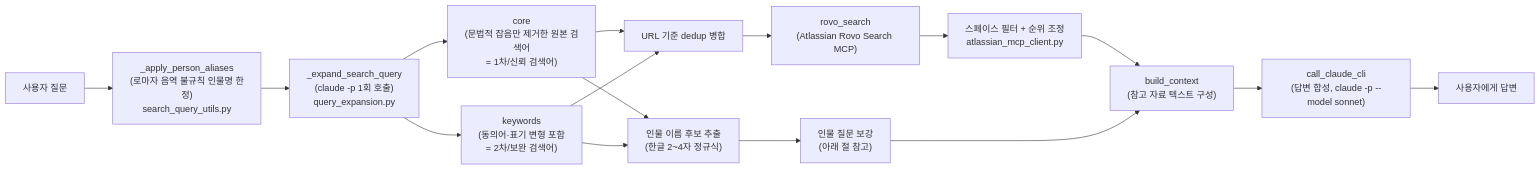
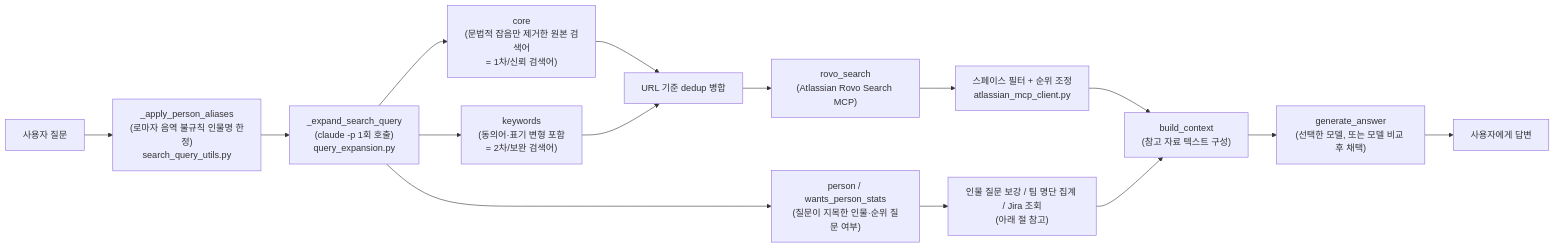
The second of 4 diagrams in README.md (HyunjeSung/qcells_ems_wikibot), drawn with Mermaid before and after one commit. The commit also changed other lines of this file and 1 other file, not shown here.

Commit message:
Update README for v2.0.0: model comparison, workbench, Jira routing, admin/Pi deployment

````diff
--- a/README.md
+++ b/README.md
@@ -64,18 +125,17 @@
 ```mermaid
 flowchart LR
     Q["사용자 질문"] --> A["_apply_person_aliases\n(로마자 음역 불규칙 인물명 한정)\nsearch_query_utils.py"]
     A --> B["_expand_search_query\n(claude -p 1회 호출)\nquery_expansion.py"]
     B --> CORE["core\n(문법적 잡음만 제거한 원본 검색어\n= 1차/신뢰 검색어)"]
     B --> KW["keywords\n(동의어·표기 변형 포함\n= 2차/보완 검색어)"]
+    B --> PS["person / wants_person_stats\n(질문이 지목한 인물·순위 질문 여부)"]
     CORE --> M["URL 기준 dedup 병합"]
     KW --> M
     M --> D["rovo_search\n(Atlassian Rovo Search MCP)"]
     D --> E["스페이스 필터 + 순위 조정\natlassian_mcp_client.py"]
-    CORE --> PN["인물 이름 후보 추출\n(한글 2~4자 정규식)"]
-    KW --> PN
-    PN --> AA["인물 질문 보강\n(아래 절 참고)"]
+    PS --> AA["인물 질문 보강 / 팀 명단 집계 / Jira 조회\n(아래 절 참고)"]
     E --> F["build_context\n(참고 자료 텍스트 구성)"]
     AA --> F
-    F --> G["call_claude_cli\n(답변 합성, claude -p --model sonnet)"]
+    F --> G["generate_answer\n(선택한 모델, 또는 모델 비교 후 채택)"]
     G --> H["사용자에게 답변"]
 ```
````
